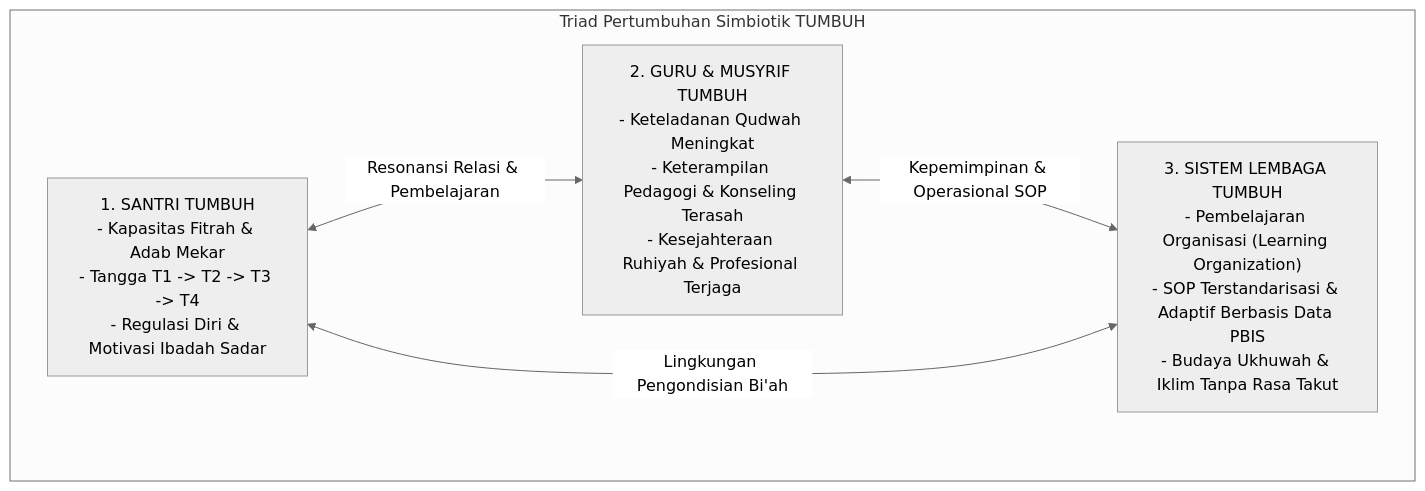
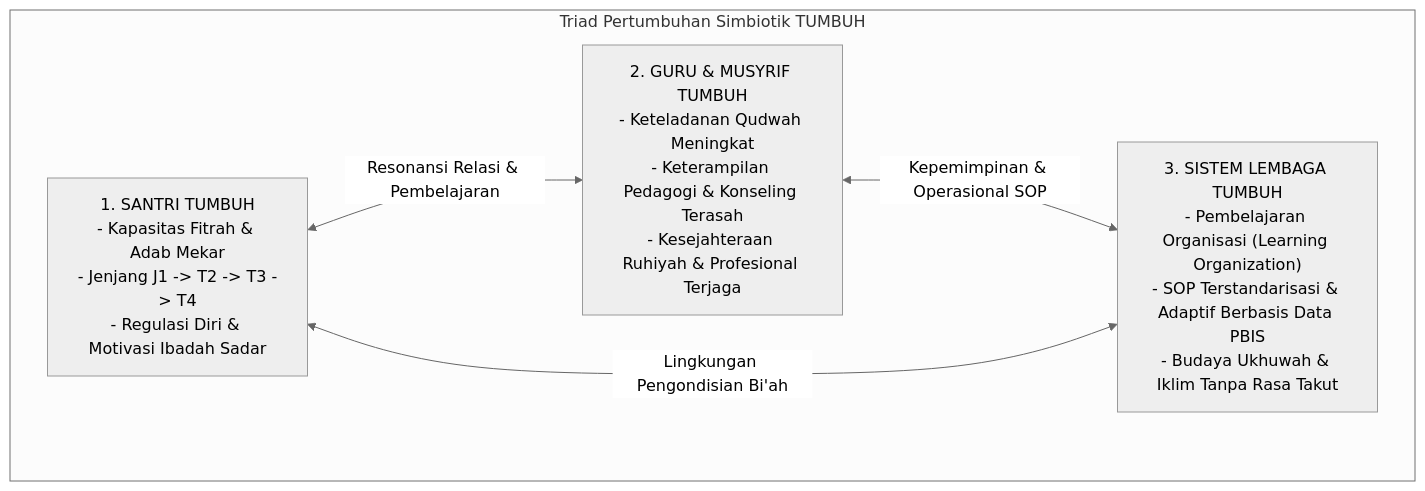
One commit to wandiapriliyandi/tumbuh changed the diagram in 01 Philosophy/P1-00-Model-Pertumbuhan-Triadik.md. Above: the diagram before and after it, drawn with Mermaid (neutral theme). The commit also changed other lines of this file and 209 other files, not shown here.

````diff
--- a/01 Philosophy/P1-00-Model-Pertumbuhan-Triadik.md
+++ b/01 Philosophy/P1-00-Model-Pertumbuhan-Triadik.md
@@ -18,12 +18,12 @@
 ```mermaid
 graph TD
     subgraph Ekosistem_TUMBUH["Triad Pertumbuhan Simbiotik TUMBUH"]
-        Santri["1. SANTRI TUMBUH<br/>- Kapasitas Fitrah & Adab Mekar<br/>- Tangga T1 -> T2 -> T3 -> T4<br/>- Regulasi Diri & Motivasi Ibadah Sadar"]
+        Santri["1. SANTRI TUMBUH<br/>- Kapasitas Fitrah & Adab Mekar<br/>- Jenjang J1 -> T2 -> T3 -> T4<br/>- Regulasi Diri & Motivasi Ibadah Sadar"]
         Guru["2. GURU & MUSYRIF TUMBUH<br/>- Keteladanan Qudwah Meningkat<br/>- Keterampilan Pedagogi & Konseling Terasah<br/>- Kesejahteraan Ruhiyah & Profesional Terjaga"]
         Sistem["3. SISTEM LEMBAGA TUMBUH<br/>- Pembelajaran Organisasi (Learning Organization)<br/>- SOP Terstandarisasi & Adaptif Berbasis Data PBIS<br/>- Budaya Ukhuwah & Iklim Tanpa Rasa Takut"]
     end
 
     Santri <--> |Resonansi Relasi & Pembelajaran| Guru
     Guru <--> |Kepemimpinan & Operasional SOP| Sistem
     Sistem <--> |Lingkungan Pengondisian Bi'ah| Santri
 ```
````
